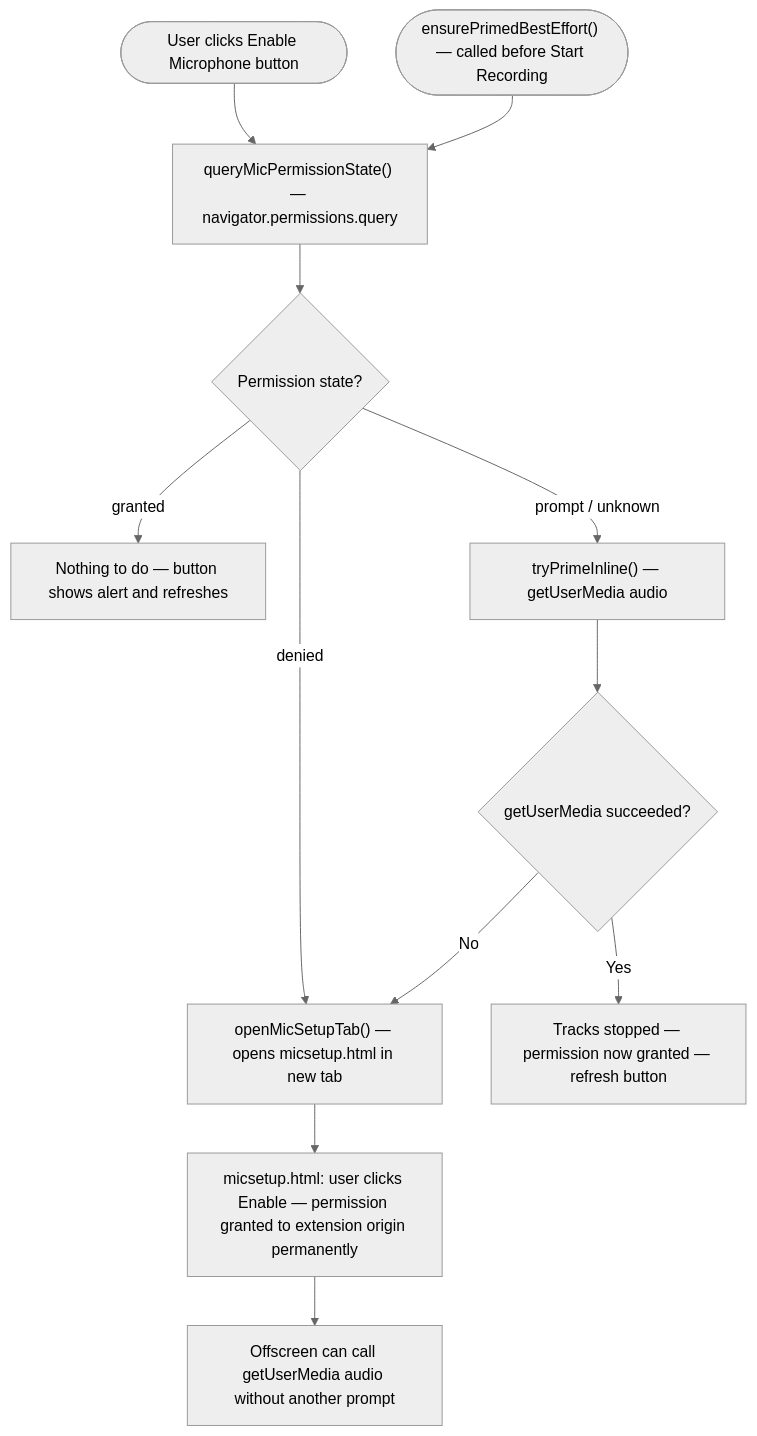
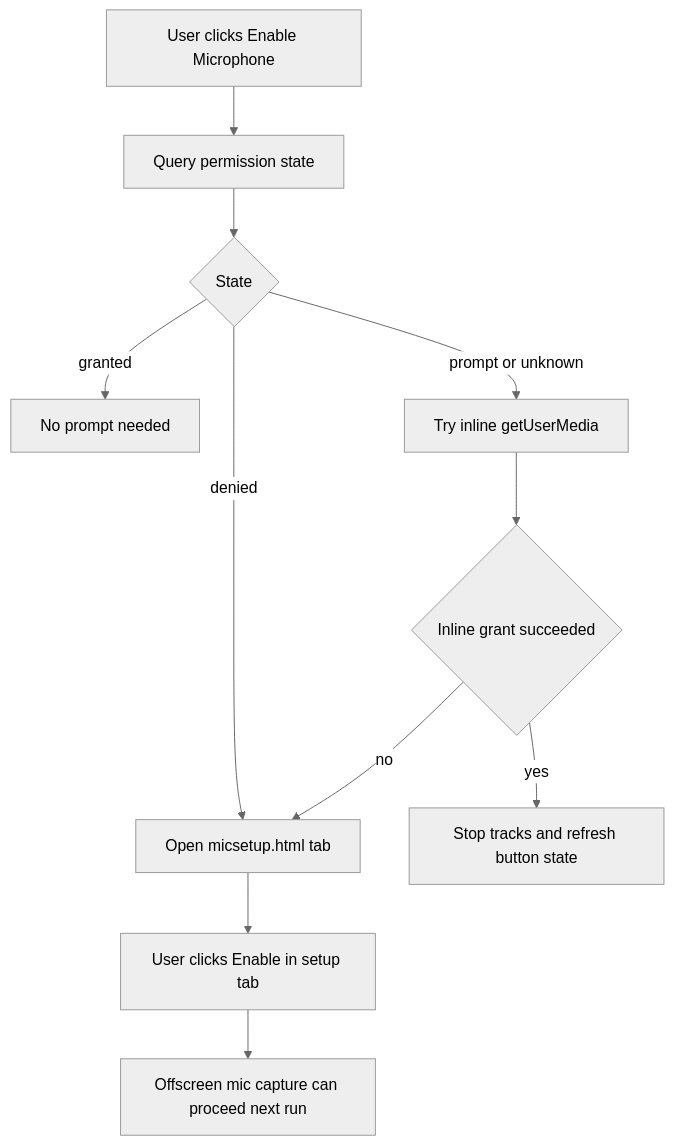
One commit to kstroevsky/chrome-meeting-recording-extension changed the seventh of 8 diagrams in Documentation.md. Above: the diagram before and after it, drawn with Mermaid (neutral theme). The commit also changed other lines of this file, not shown here.

Commit message:
Docs: Documentation and diagrams update

````diff
--- a/Documentation.md
+++ b/Documentation.md
@@ -255,21 +263,16 @@
 ```mermaid
 flowchart TD
-    A(["User clicks Enable Microphone button"])
-    B(["ensurePrimedBestEffort() — called before Start Recording"])
+    A[User clicks Enable Microphone] --> B[Query permission state]
+    B --> C{State}
 
-    A --> C["queryMicPermissionState() — navigator.permissions.query"]
-    B --> C
+    C -->|granted| D[No prompt needed]
+    C -->|denied| E[Open micsetup.html tab]
+    C -->|prompt or unknown| F[Try inline getUserMedia]
 
-    C --> D{"Permission state?"}
+    F --> G{Inline grant succeeded}
+    G -->|yes| H[Stop tracks and refresh button state]
+    G -->|no| E
 
-    D -- granted --> E["Nothing to do — button shows alert and refreshes"]
-    D -- denied --> F["openMicSetupTab() — opens micsetup.html in new tab"]
-    D -- prompt / unknown --> G["tryPrimeInline() — getUserMedia audio"]
-
-    G --> H{"getUserMedia succeeded?"}
-    H -- Yes --> I["Tracks stopped — permission now granted — refresh button"]
-    H -- No --> F
-
-    F --> J["micsetup.html: user clicks Enable — permission granted to extension origin permanently"]
-    J --> K["Offscreen can call getUserMedia audio without another prompt"]
+    E --> I[User clicks Enable in setup tab]
+    I --> J[Offscreen mic capture can proceed next run]
 ```
````
